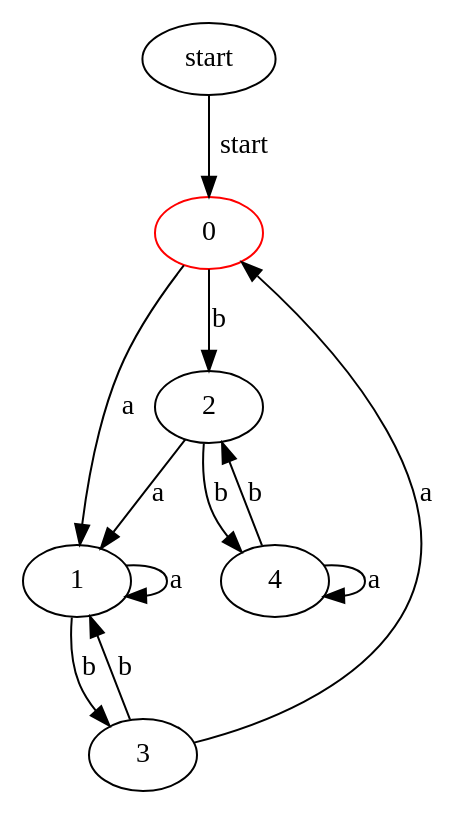
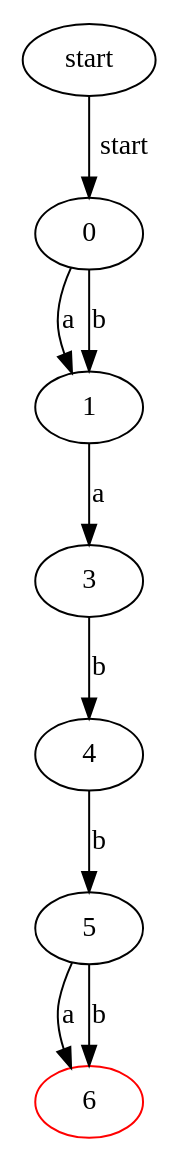
One commit to Snowcying/NFAtoDFA changed the diagram in minDFA.gv. Above: the diagram before and after it, drawn with Graphviz. The commit also changed 6 other files, not shown here.

```diff
--- a/minDFA.gv
+++ b/minDFA.gv
@@ -1,20 +1,18 @@
 // minDFA
 digraph {
 	start [label=start]
-	0 [label=0 color=red]
+	6 [label=6 color=red]
+	0 [label=0]
 	0 -> 1 [label=a]
-	0 -> 2 [label=b]
+	0 -> 1 [label=b]
+	5 [label=5]
+	5 -> 6 [label=a]
+	5 -> 6 [label=b]
+	4 [label=4]
+	4 -> 5 [label=b]
+	1 [label=1]
+	1 -> 3 [label=a]
 	3 [label=3]
-	3 -> 0 [label=a]
-	3 -> 1 [label=b]
-	1 [label=1]
-	1 -> 1 [label=a]
-	1 -> 3 [label=b]
-	2 [label=2]
-	2 -> 1 [label=a]
-	2 -> 4 [label=b]
-	4 [label=4]
-	4 -> 4 [label=a]
-	4 -> 2 [label=b]
+	3 -> 4 [label=b]
 	start -> 0 [label=start]
 }
```
